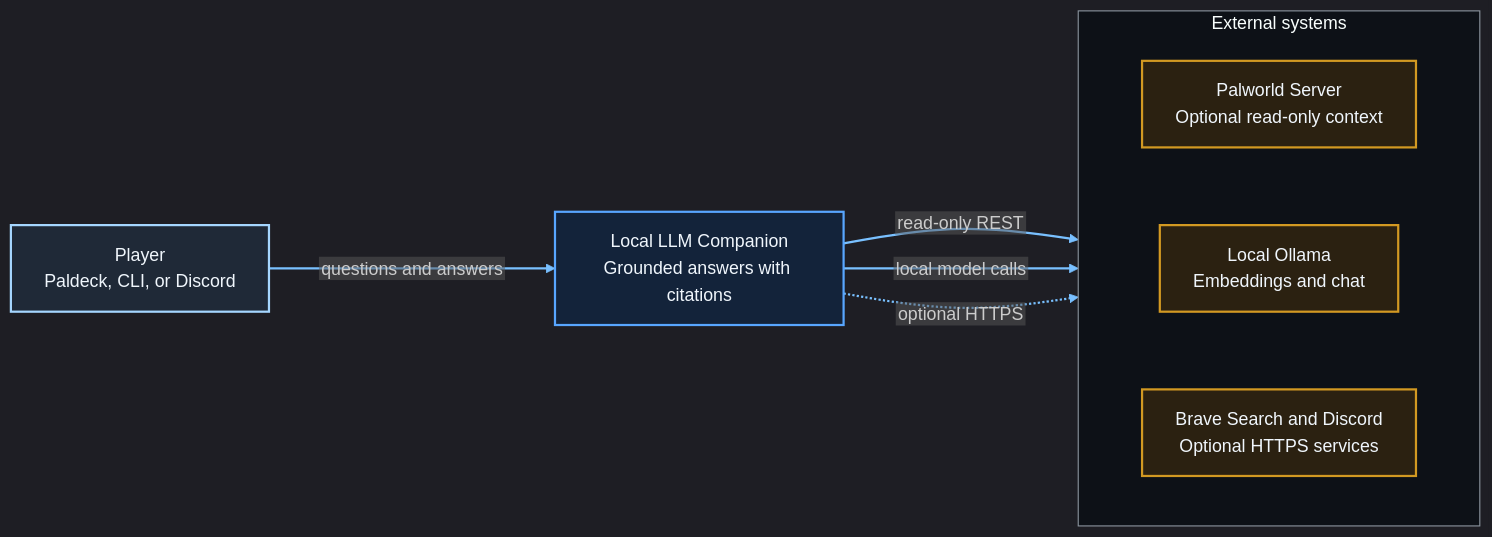
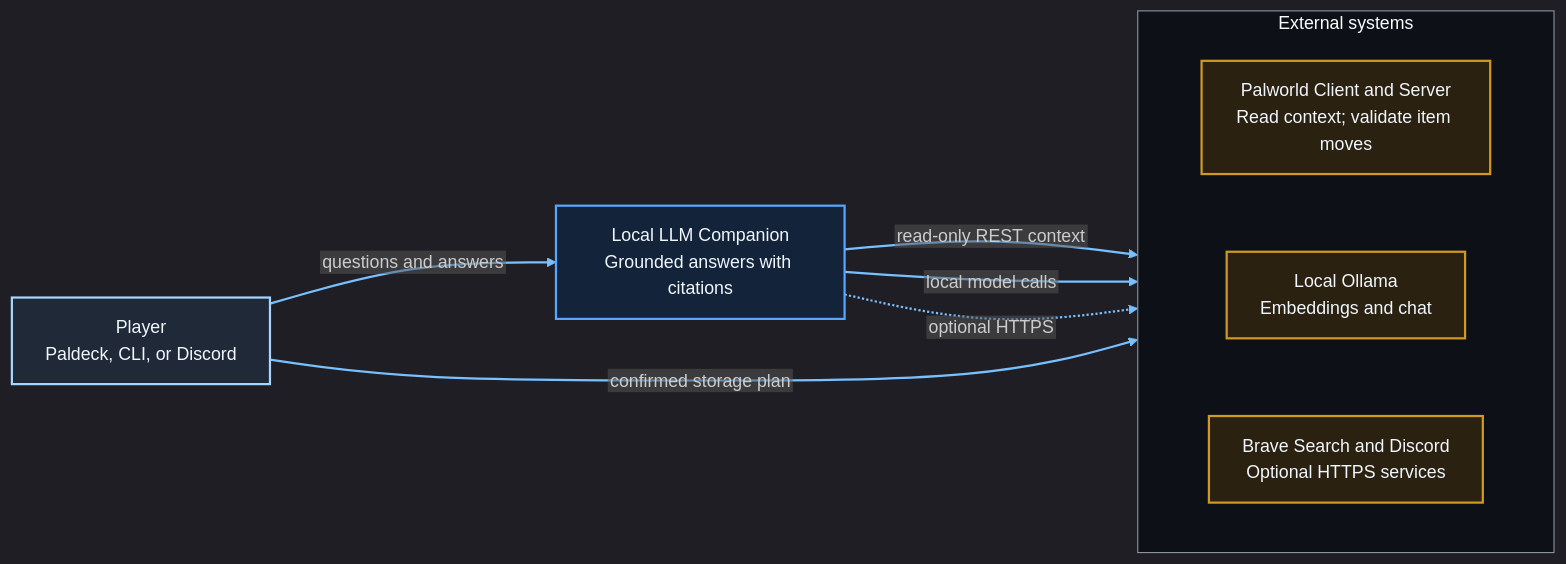
The first of 4 diagrams in docs/ARCHITECTURE.md (luibots/palworld-local-llm-companion), drawn with Mermaid before and after one commit. The commit also changed other lines of this file and 12 other files, not shown here.

````diff
--- a/docs/ARCHITECTURE.md
+++ b/docs/ARCHITECTURE.md
@@ -9,26 +9,27 @@
 ```mermaid
 %%{init: {"theme":"dark","flowchart":{"curve":"basis","htmlLabels":false,"nodeSpacing":70,"rankSpacing":90},"themeVariables":{"background":"#0d1117","primaryColor":"#161b22","primaryTextColor":"#f0f6fc","primaryBorderColor":"#58a6ff","lineColor":"#79c0ff","secondaryColor":"#21262d","tertiaryColor":"#30363d","clusterBkg":"#0d1117","clusterBorder":"#8b949e","fontFamily":"Segoe UI, Arial, sans-serif"}}}%%
 flowchart LR
     PLAYER["Player\nPaldeck, CLI, or Discord"]
     COMPANION["Local LLM Companion\nGrounded answers with citations"]
 
     subgraph SYSTEMS["External systems"]
         direction LR
-        PALWORLD["Palworld Server\nOptional read-only context"]
+        PALWORLD["Palworld Client and Server\nRead context; validate item moves"]
         OLLAMA["Local Ollama\nEmbeddings and chat"]
         SERVICES["Brave Search and Discord\nOptional HTTPS services"]
     end
 
     PLAYER -->|"questions and answers"| COMPANION
-    COMPANION -->|"read-only REST"| PALWORLD
+    COMPANION -->|"read-only REST context"| PALWORLD
+    PLAYER -->|"confirmed storage plan"| PALWORLD
     COMPANION -->|"local model calls"| OLLAMA
     COMPANION -.->|"optional HTTPS"| SERVICES
 
     classDef person fill:#1f2937,stroke:#a5d6ff,color:#f0f6fc,stroke-width:2px;
     classDef system fill:#13233a,stroke:#58a6ff,color:#f0f6fc,stroke-width:2px;
     classDef external fill:#2b2111,stroke:#d29922,color:#f0f6fc,stroke-width:2px;
     class PLAYER person;
     class COMPANION system;
     class PALWORLD,OLLAMA,SERVICES external;
     linkStyle default stroke:#79c0ff,stroke-width:2px,fill:none;
 ```
````
